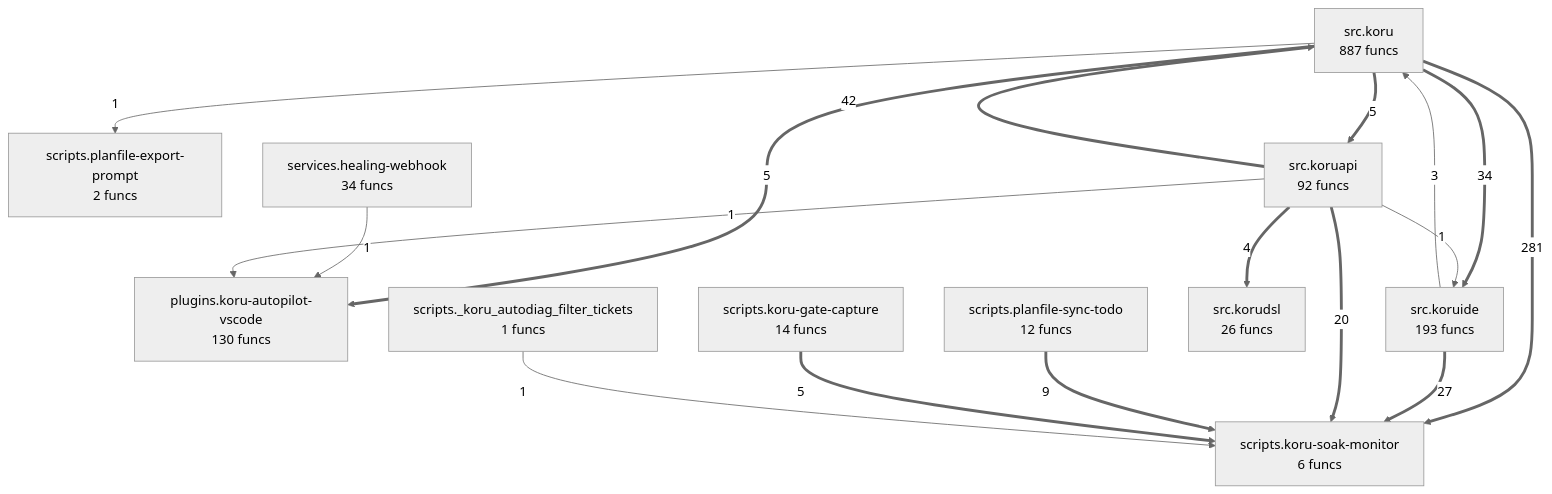
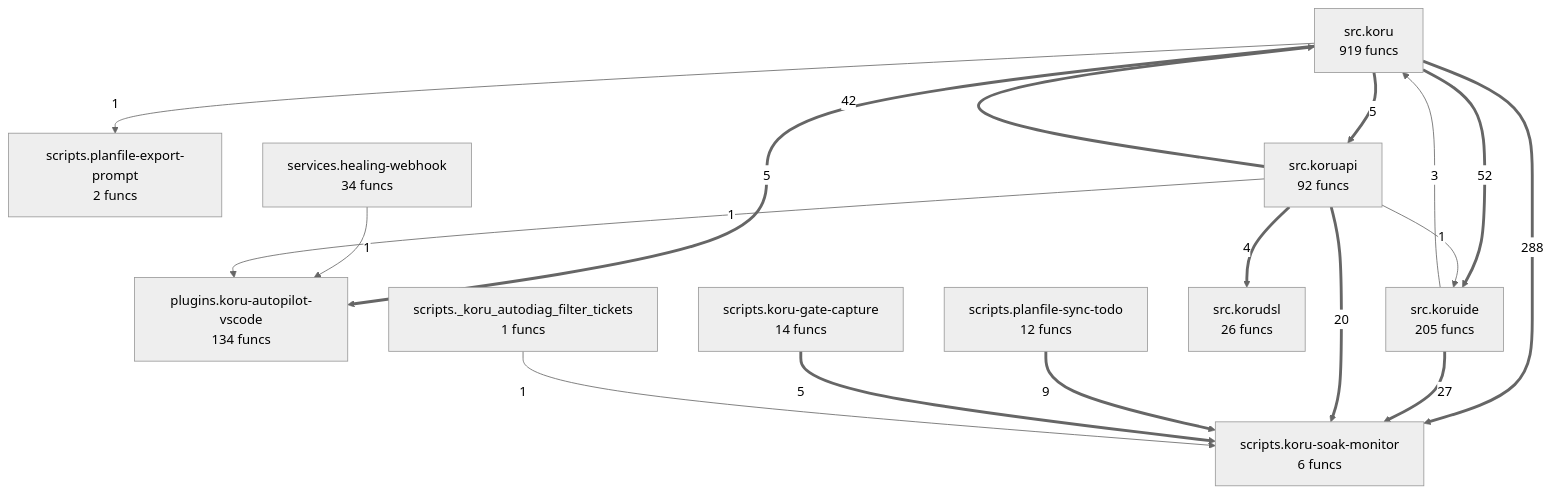
One commit to semcod/koru changed the diagram in project/compact_flow.mmd. Above: the diagram before and after it, drawn with Mermaid (neutral theme). The commit also changed 89 other files, not shown here.

```diff
--- a/project/compact_flow.mmd
+++ b/project/compact_flow.mmd
@@ -1,29 +1,29 @@
 flowchart TD
 %% generated in 0.05s
-    plugins__koru_autopilot_vscode["plugins.koru-autopilot-vscode<br/>130 funcs"]
+    plugins__koru_autopilot_vscode["plugins.koru-autopilot-vscode<br/>134 funcs"]
     scripts___koru_autodiag_filter_tickets["scripts._koru_autodiag_filter_tickets<br/>1 funcs"]
     scripts__koru_gate_capture["scripts.koru-gate-capture<br/>14 funcs"]
     scripts__koru_soak_monitor["scripts.koru-soak-monitor<br/>6 funcs"]
     scripts__planfile_export_prompt["scripts.planfile-export-prompt<br/>2 funcs"]
     scripts__planfile_sync_todo["scripts.planfile-sync-todo<br/>12 funcs"]
     services__healing_webhook["services.healing-webhook<br/>34 funcs"]
-    src__koru["src.koru<br/>887 funcs"]
+    src__koru["src.koru<br/>919 funcs"]
     src__koruapi["src.koruapi<br/>92 funcs"]
     src__korudsl["src.korudsl<br/>26 funcs"]
-    src__koruide["src.koruide<br/>193 funcs"]
-    src__koru ==>|281| scripts__koru_soak_monitor
+    src__koruide["src.koruide<br/>205 funcs"]
+    src__koru ==>|288| scripts__koru_soak_monitor
+    src__koru ==>|52| src__koruide
     src__koruapi ==>|42| src__koru
-    src__koru ==>|34| src__koruide
     src__koruide ==>|27| scripts__koru_soak_monitor
     src__koruapi ==>|20| scripts__koru_soak_monitor
     scripts__planfile_sync_todo ==>|9| scripts__koru_soak_monitor
     src__koru ==>|5| plugins__koru_autopilot_vscode
     src__koru ==>|5| src__koruapi
     scripts__koru_gate_capture ==>|5| scripts__koru_soak_monitor
     src__koruapi ==>|4| src__korudsl
     src__koruide -->|3| src__koru
     services__healing_webhook -->|1| plugins__koru_autopilot_vscode
     src__koruapi -->|1| plugins__koru_autopilot_vscode
     src__koruapi -->|1| src__koruide
     src__koru -->|1| scripts__planfile_export_prompt
     scripts___koru_autodiag_filter_tickets -->|1| scripts__koru_soak_monitor
```
